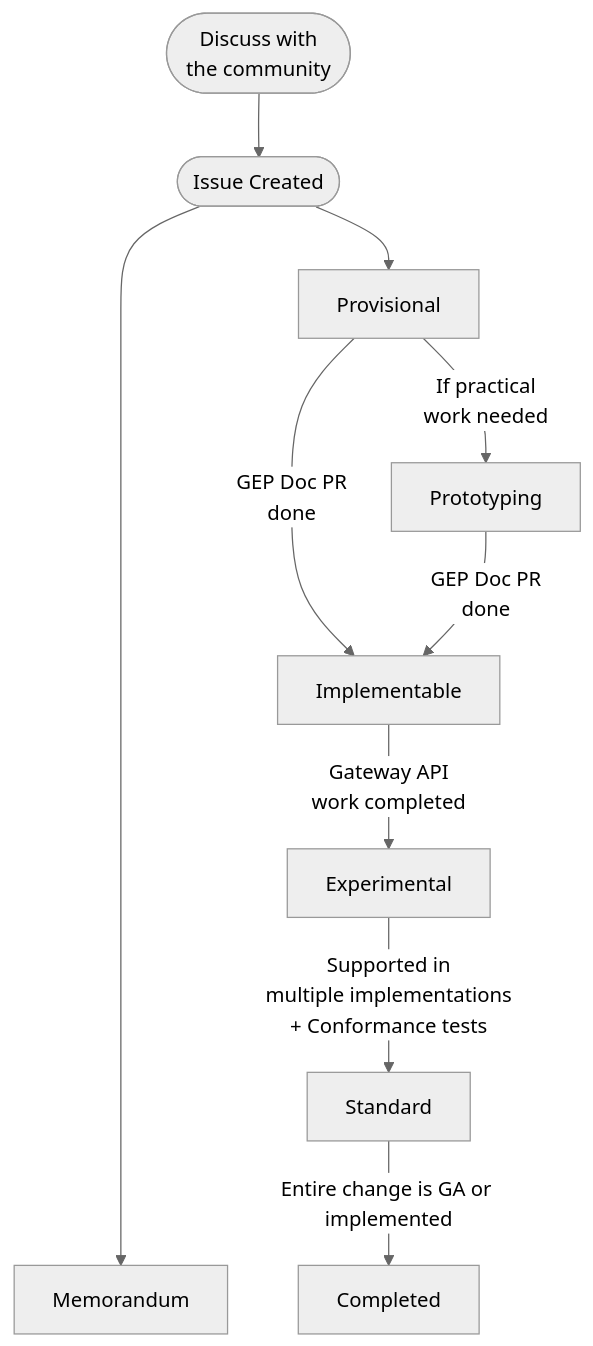
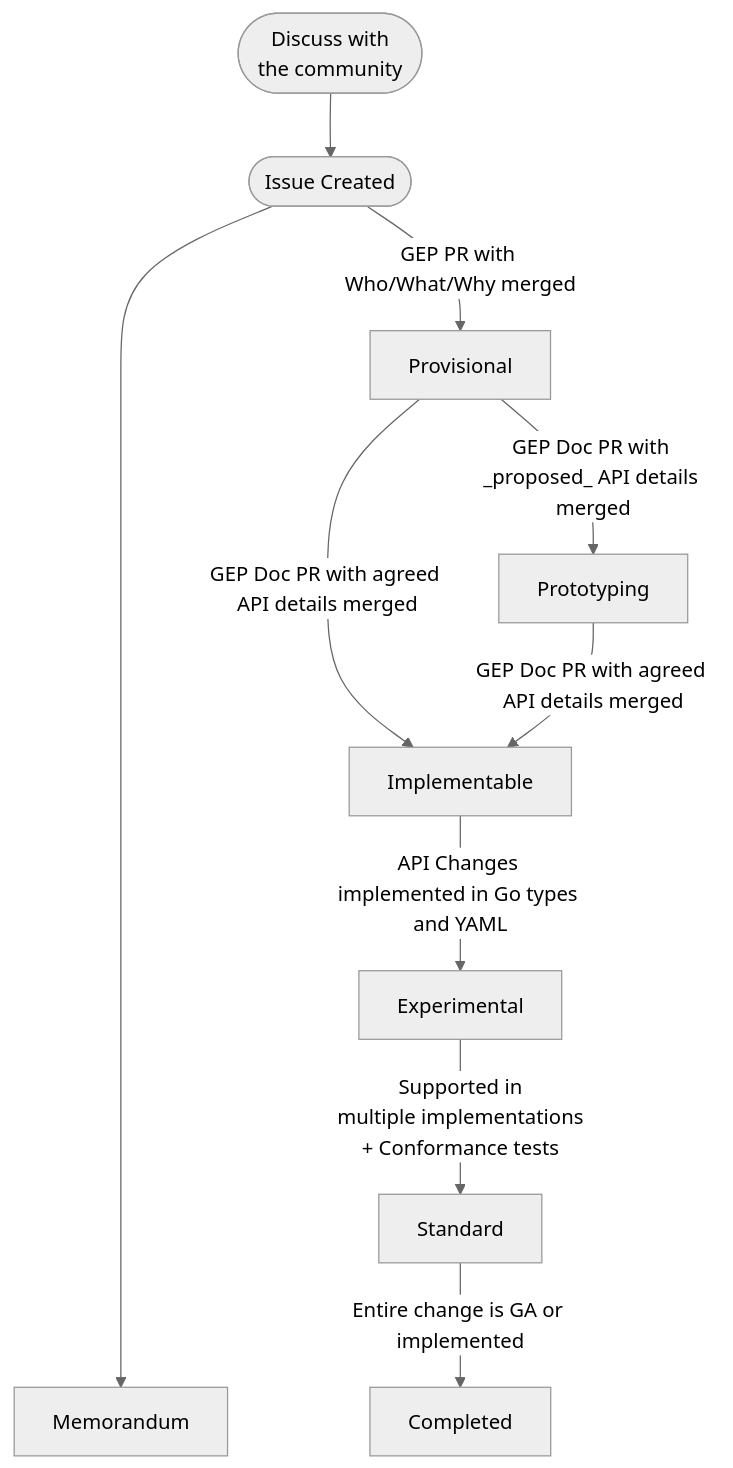
Before and after one commit to kubernetes-sigs/gateway-api: the diagram in geps/overview.md, drawn with Mermaid (neutral theme). The commit also changed other lines of this file and 1 other file, not shown here.

First line of the commit message:
Update GEP process docs with more details

````diff
--- a/geps/overview.md
+++ b/geps/overview.md
@@ -20,13 +20,13 @@
 ```mermaid
 flowchart TD
     D([Discuss with<br />the community]) --> C
     C([Issue Created]) -------> Memorandum
-    C([Issue Created]) --> Provisional
-    Provisional -->|If practical <br /> work needed| Prototyping
-    Provisional -->|GEP Doc PR<br />done| Implementable
-    Prototyping -->|GEP Doc PR<br />done| Implementable
-    Implementable -->|Gateway API<br />work completed| Experimental
+    C([Issue Created]) -->|GEP PR with Who/What/Why merged| Provisional
+    Provisional -->|GEP Doc PR with _proposed_ API details merged| Prototyping
+    Provisional -->|GEP Doc PR with agreed API details merged| Implementable
+    Prototyping -->|GEP Doc PR with agreed API details merged| Implementable
+    Implementable -->|API Changes implemented in Go types and YAML| Experimental
     Experimental -->|Supported in<br />multiple implementations<br />+ Conformance tests| Standard
     Standard -->|Entire change is GA or implemented| Completed
 
 ```
````
